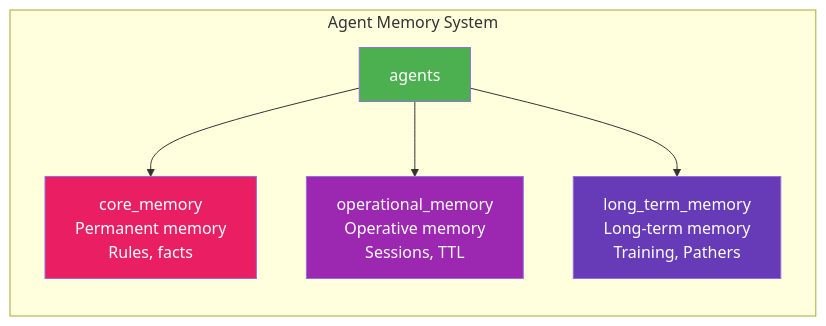
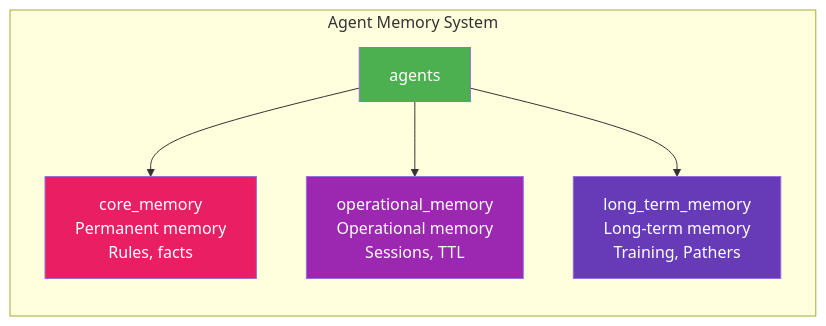
The third of 11 diagrams in components/office_services/central_database/DATABASE_DIAGRAM.md (Maxi-online/hr-intelligence-platform), drawn with Mermaid before and after one commit. The commit also changed other lines of this file and 11 other files, not shown here.

````diff
--- a/components/office_services/central_database/DATABASE_DIAGRAM.md
+++ b/components/office_services/central_database/DATABASE_DIAGRAM.md
@@ -367,18 +367,18 @@
 ```mermaid
 graph LR
     subgraph "Agent Memory System"
         A[agents]
         CM[core_memory<br/>Permanent memory<br/>Rules, facts]
-        OM[operational_memory<br/>Operative memory<br/>Sessions, TTL]
+        OM[operational_memory<br/>Operational memory<br/>Sessions, TTL]
         LTM[long_term_memory<br/>Long-term memory<br/>Training, Pathers]
         
         A --> CM
         A --> OM
         A --> LTM
     end
     
     style A fill:#4CAF50,color:#fff
     style CM fill:#E91E63,color:#fff
     style OM fill:#9C27B0,color:#fff
     style LTM fill:#673AB7,color:#fff
 ```
````
